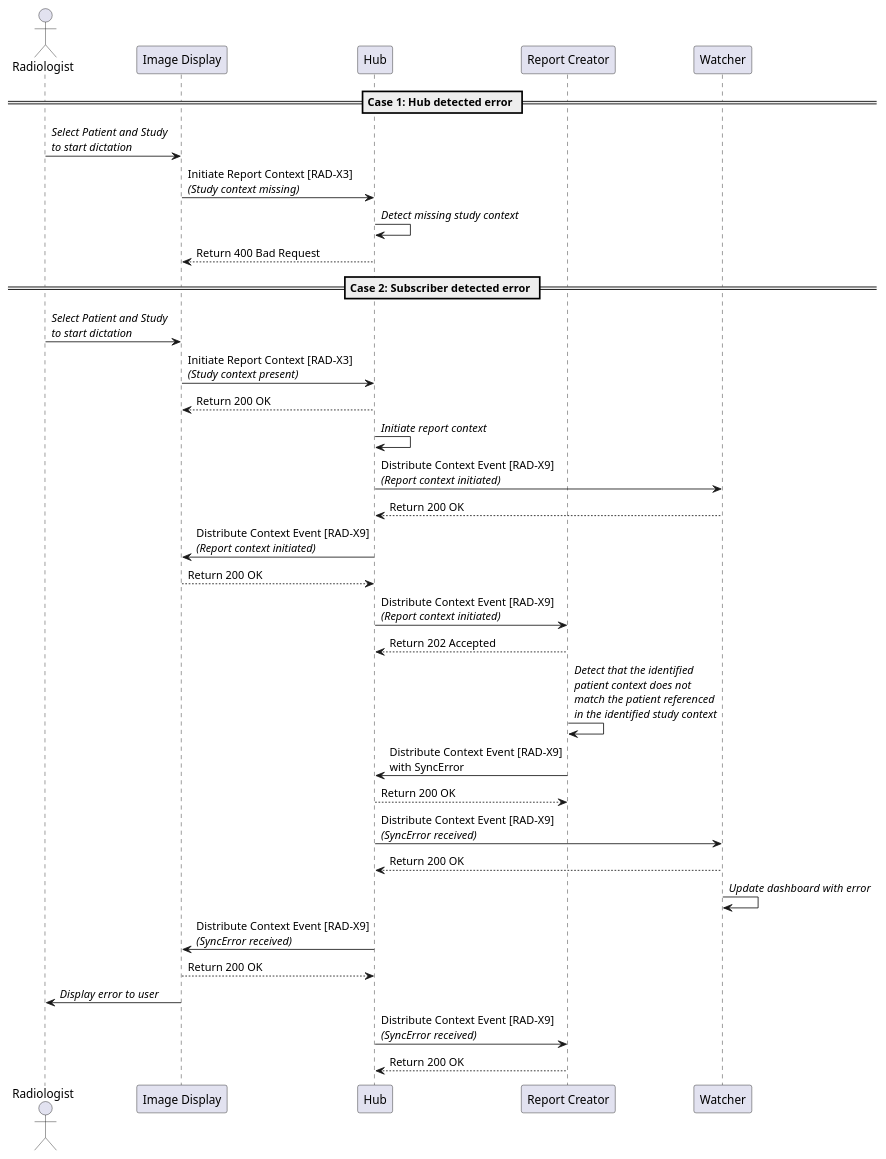
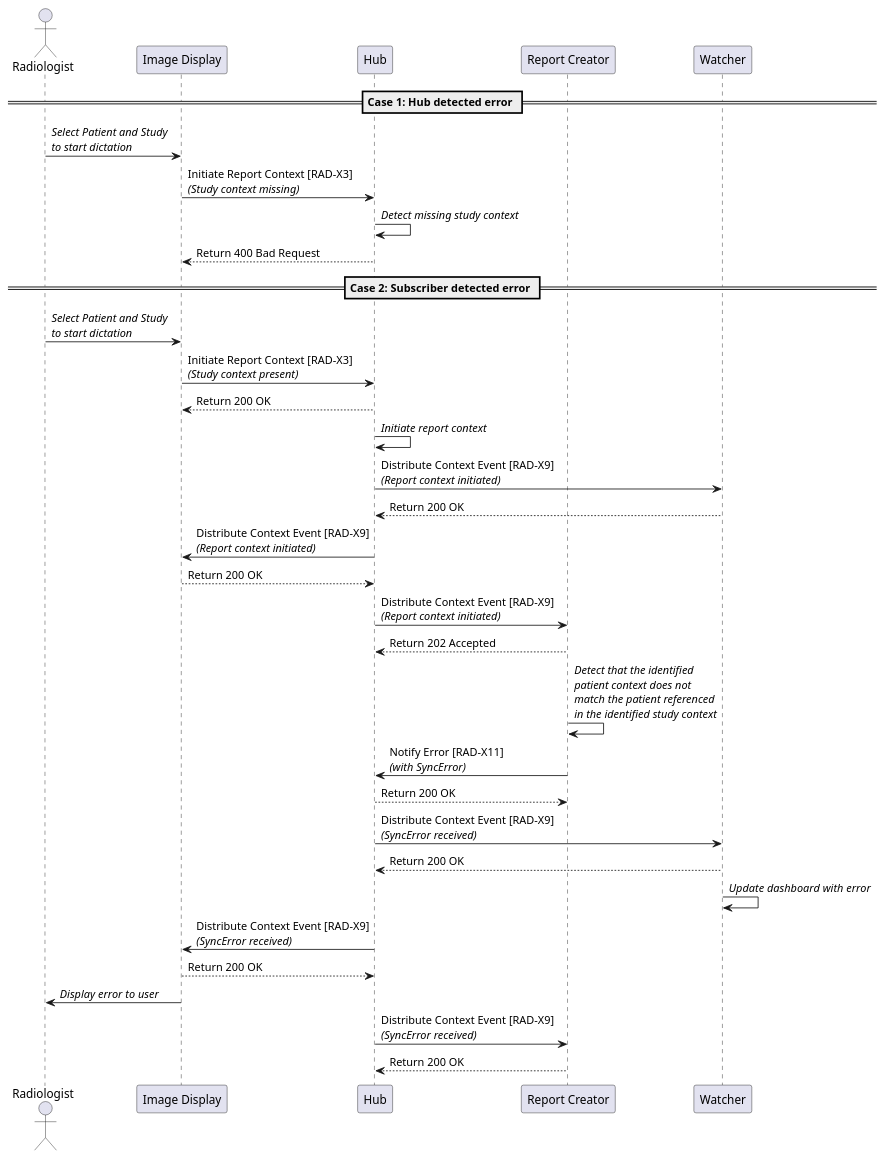
One commit to IHE/RAD.IRA changed the diagram in input/images-source/syncerror_use_case.plantuml. Above: the diagram before and after it, drawn with PlantUML. The commit also changed 1 other file, not shown here.

Commit message:
Updated to use the new Notify Error RAD-X11.

```diff
--- a/input/images-source/syncerror_use_case.plantuml
+++ b/input/images-source/syncerror_use_case.plantuml
@@ -1,40 +1,40 @@
 @startuml
 
 actor Radiologist as User
 participant "Image Display" as PACS
 participant "Hub" as Hub
 participant "Report Creator" as Report
 participant "Watcher" as Watcher
 
 == Case 1: Hub detected error ==
 
 User->PACS: //Select Patient and Study//\n//to start dictation//
 PACS->Hub: Initiate Report Context [RAD-X3]\n//(Study context missing)//
 Hub->Hub: //Detect missing study context//
 Hub-->PACS: Return 400 Bad Request
 
 == Case 2: Subscriber detected error ==
 
 User->PACS: //Select Patient and Study//\n//to start dictation//
 PACS->Hub: Initiate Report Context [RAD-X3]\n//(Study context present)//
 Hub-->PACS: Return 200 OK
 Hub->Hub: //Initiate report context//
 Hub->Watcher: Distribute Context Event [RAD-X9]\n//(Report context initiated)//
 Watcher-->Hub: Return 200 OK
 Hub->PACS: Distribute Context Event [RAD-X9]\n//(Report context initiated)//
 PACS-->Hub: Return 200 OK
 Hub->Report: Distribute Context Event [RAD-X9]\n//(Report context initiated)//
 Report-->Hub: Return 202 Accepted
 Report->Report: //Detect that the identified//\n//patient context does not//\n//match the patient referenced//\n//in the identified study context//
-Report->Hub: Distribute Context Event [RAD-X9]\nwith SyncError
+Report->Hub: Notify Error [RAD-X11]\n//(with SyncError)//
 Hub-->Report: Return 200 OK
 Hub->Watcher: Distribute Context Event [RAD-X9]\n//(SyncError received)//
 Watcher-->Hub: Return 200 OK
 Watcher->Watcher: //Update dashboard with error//
 Hub->PACS: Distribute Context Event [RAD-X9]\n//(SyncError received)//
 PACS-->Hub: Return 200 OK
 PACS->User: //Display error to user//
 Hub->Report: Distribute Context Event [RAD-X9]\n//(SyncError received)//
 Report-->Hub: Return 200 OK
 
 @enduml
```
